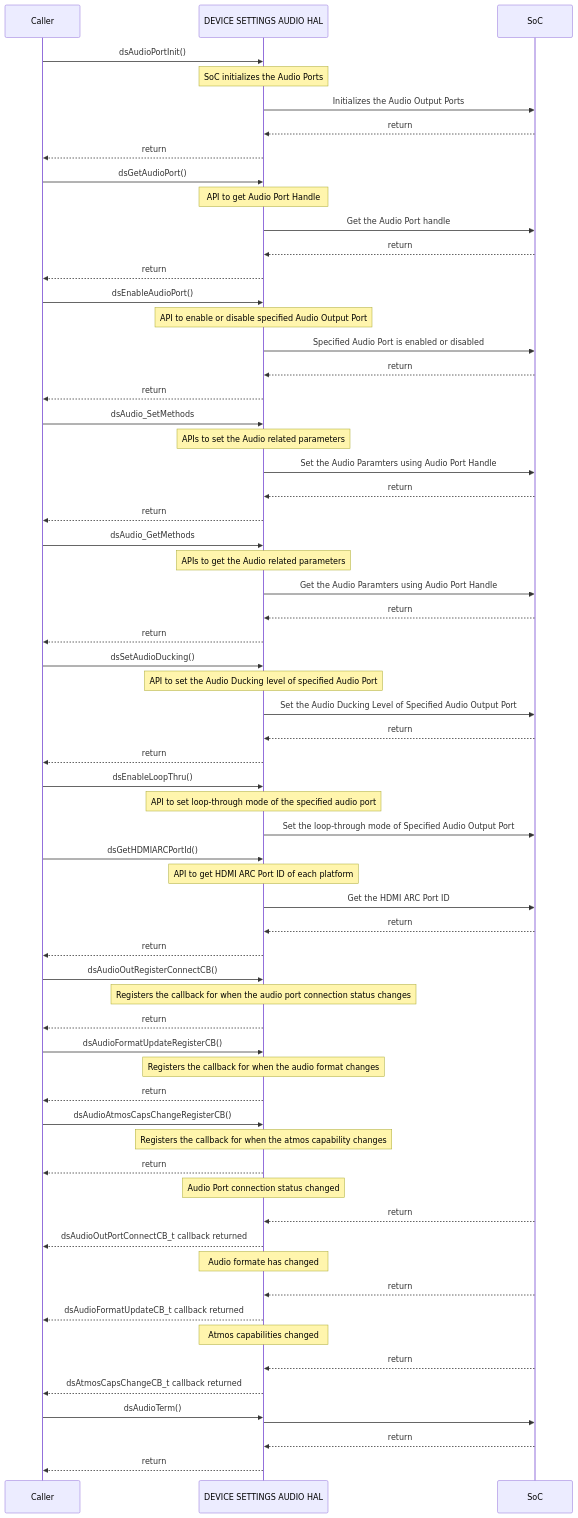
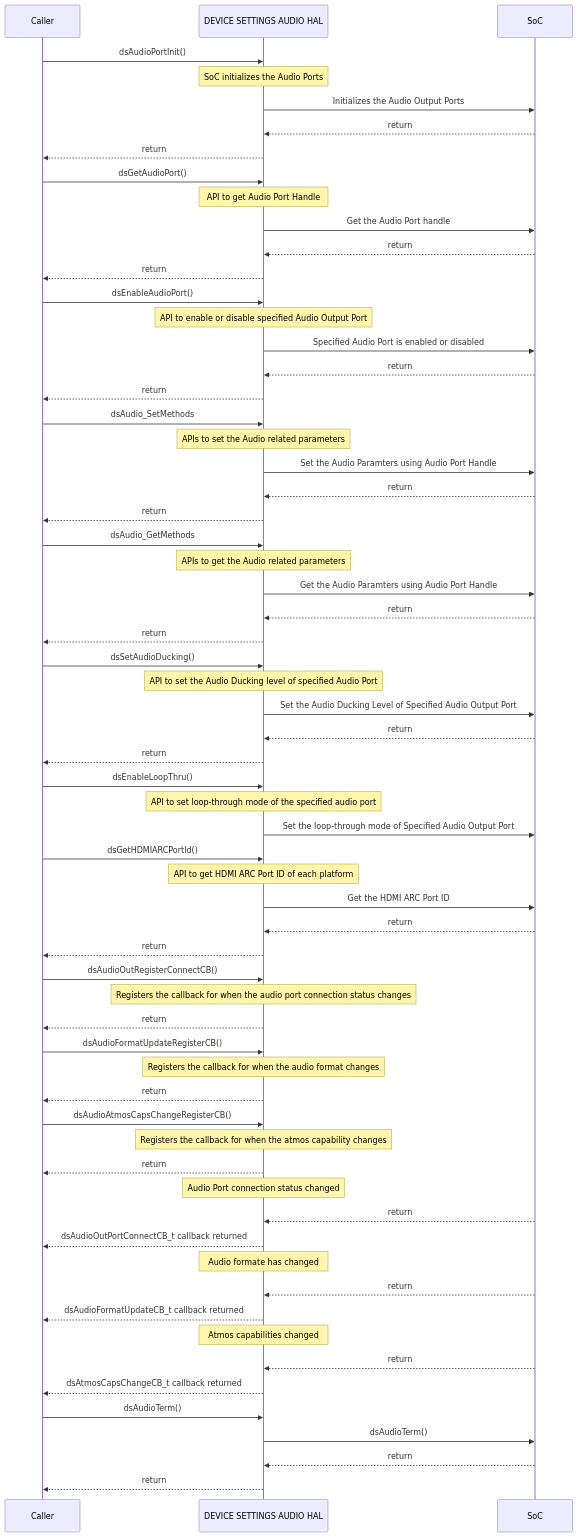
The second of 2 diagrams in docs/pages/ds-audio_halSpec.md (rdkcentral/rdk-halif-device_settings), drawn with Mermaid before and after one commit. The commit also changed other lines of this file and 8 other files, not shown here.

````diff
--- a/docs/pages/ds-audio_halSpec.md
+++ b/docs/pages/ds-audio_halSpec.md
@@ -216,67 +204,67 @@
 ```mermaid
 %%{ init : { "theme" : "default", "flowchart" : { "curve" : "stepBefore" }}}%%
    sequenceDiagram
     participant Caller as Caller
     participant HAL as DEVICE SETTINGS AUDIO HAL
     participant Driver as SoC
     Caller->>HAL:dsAudioPortInit()
     Note over HAL: SoC initializes the Audio Ports
     HAL->>Driver: Initializes the Audio Output Ports
     Driver-->>HAL:return
     HAL-->>Caller:return
     Caller->>HAL:dsGetAudioPort()
     Note over HAL: API to get Audio Port Handle
     HAL->>Driver: Get the Audio Port handle
     Driver-->>HAL:return
     HAL-->>Caller:return
     Caller->>HAL:dsEnableAudioPort()
     Note over HAL: API to enable or disable specified Audio Output Port
-    HAL->>Driver:Specified Audio Port is enabled or disabled 
+    HAL->>Driver:Specified Audio Port is enabled or disabled
     Driver-->>HAL:return
     HAL-->>Caller:return
     Caller->>HAL:dsAudio_SetMethods
-    Note over HAL: APIs to set the Audio related parameters 
+    Note over HAL: APIs to set the Audio related parameters
     HAL->>Driver: Set the Audio Paramters using Audio Port Handle
     Driver-->>HAL:return
     HAL-->>Caller:return
     Caller->>HAL:dsAudio_GetMethods
-    Note over HAL: APIs to get the Audio related parameters 
+    Note over HAL: APIs to get the Audio related parameters
     HAL->>Driver: Get the Audio Paramters using Audio Port Handle
     Driver-->>HAL:return
     HAL-->>Caller:return
     Caller->>HAL:dsSetAudioDucking()
     Note over HAL: API to set the Audio Ducking level of specified Audio Port
     HAL->>Driver:Set the Audio Ducking Level of Specified Audio Output Port
     Driver-->>HAL:return
     HAL-->>Caller:return
     Caller->>HAL:dsEnableLoopThru()
     Note over HAL: API to set loop-through mode of the specified audio port
     HAL->>Driver:Set the loop-through mode of Specified Audio Output Port
     Caller->>HAL:dsGetHDMIARCPortId()
     Note over HAL: API to get HDMI ARC Port ID of each platform
-    HAL->>Driver: Get the HDMI ARC Port ID   
+    HAL->>Driver: Get the HDMI ARC Port ID
     Driver-->>HAL:return
     HAL-->>Caller:return
     Caller->>HAL:dsAudioOutRegisterConnectCB()
     Note over HAL: Registers the callback for when the audio port connection status changes
     HAL-->>Caller:return
     Caller->>HAL:dsAudioFormatUpdateRegisterCB()
     Note over HAL: Registers the callback for when the audio format changes
     HAL-->>Caller:return
     Caller->>HAL:dsAudioAtmosCapsChangeRegisterCB()
     Note over HAL: Registers the callback for when the atmos capability changes
     HAL-->>Caller:return
     Note over HAL: Audio Port connection status changed
     Driver-->>HAL:return
     HAL-->>Caller:dsAudioOutPortConnectCB_t callback returned
     Note over HAL: Audio formate has changed
     Driver-->>HAL:return
     HAL-->>Caller:dsAudioFormatUpdateCB_t callback returned
     Note over HAL: Atmos capabilities changed
     Driver-->>HAL:return
     HAL-->>Caller:dsAtmosCapsChangeCB_t callback returned
     Caller ->>HAL:dsAudioTerm()
-    HAL ->> Driver: 
+    HAL ->> Driver:dsAudioTerm()
     Driver-->>HAL:return
     HAL-->>Caller:return
  ```
````
